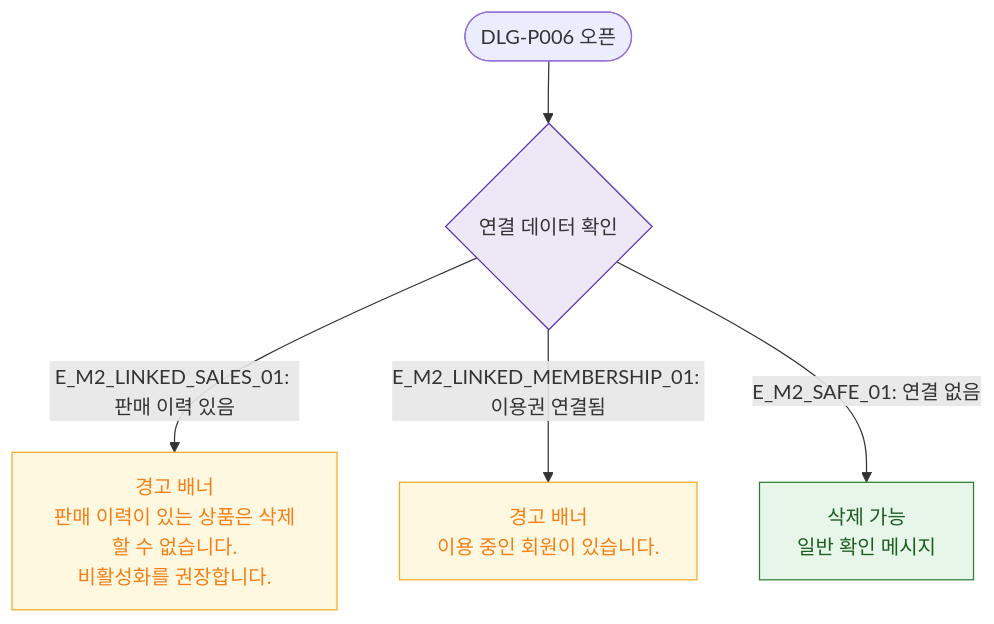
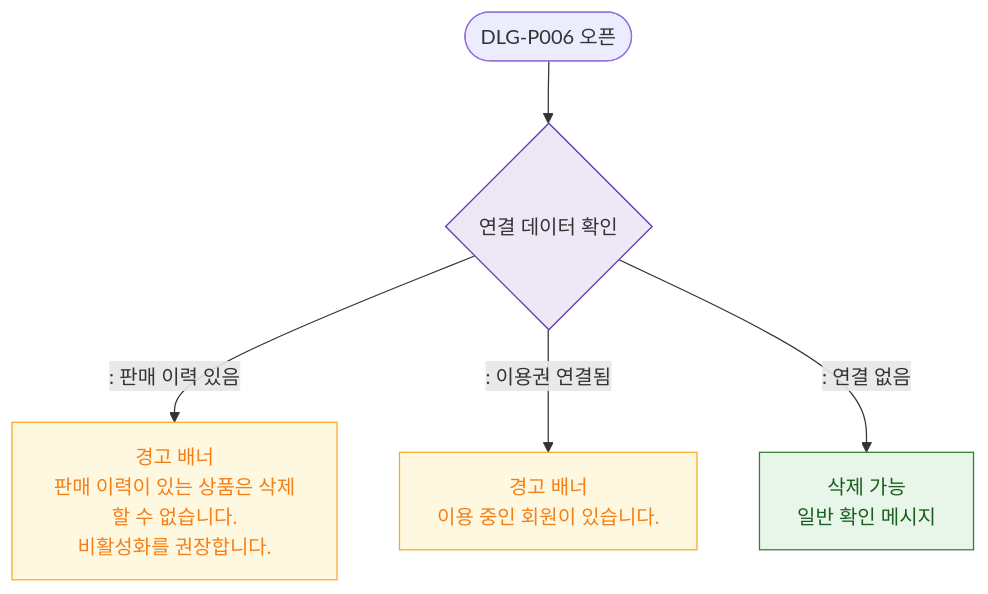
The diagram in docs/다이어그램/D05_상품관리/DLG/DLG-P006_상품삭제확인/M2_필드검증.md (dev-spogym/admin-pando), drawn with Mermaid before and after one commit. The commit also changed other lines of this file and 1660 other files, not shown here.

First line of the commit message:
다이어그램: 기획자/클라이언트 납품본으로 정리

````diff
--- a/docs/다이어그램/D05_상품관리/DLG/DLG-P006_상품삭제확인/M2_필드검증.md
+++ b/docs/다이어그램/D05_상품관리/DLG/DLG-P006_상품삭제확인/M2_필드검증.md
@@ -16,14 +14,14 @@
 ```mermaid
 flowchart TD
     OPEN([DLG-P006 오픈]) --> LinkedCheck{연결 데이터 확인}
-    LinkedCheck -->|"E_M2_LINKED_SALES_01: 판매 이력 있음"| WarnLinked[경고 배너\n판매 이력이 있는 상품은 삭제할 수 없습니다.\n비활성화를 권장합니다.]
-    LinkedCheck -->|"E_M2_LINKED_MEMBERSHIP_01: 이용권 연결됨"| WarnMembership[경고 배너\n이용 중인 회원이 있습니다.]
-    LinkedCheck -->|"E_M2_SAFE_01: 연결 없음"| SafeDelete[삭제 가능\n일반 확인 메시지]
+    LinkedCheck -->|": 판매 이력 있음"|WarnLinked[경고 배너\n판매 이력이 있는 상품은 삭제할 수 없습니다.\n비활성화를 권장합니다.]
+    LinkedCheck -->|": 이용권 연결됨"|WarnMembership[경고 배너\n이용 중인 회원이 있습니다.]
+    LinkedCheck -->|": 연결 없음"|SafeDelete[삭제 가능\n일반 확인 메시지]
 
     classDef warning fill:#FFF8E1,stroke:#F9A825,color:#F57F17
     classDef success fill:#E8F5E9,stroke:#2E7D32,color:#1B5E20
     classDef system fill:#EDE7F6,stroke:#5E35B2
     class WarnLinked,WarnMembership warning
     class SafeDelete success
     class LinkedCheck system
 ```
````
